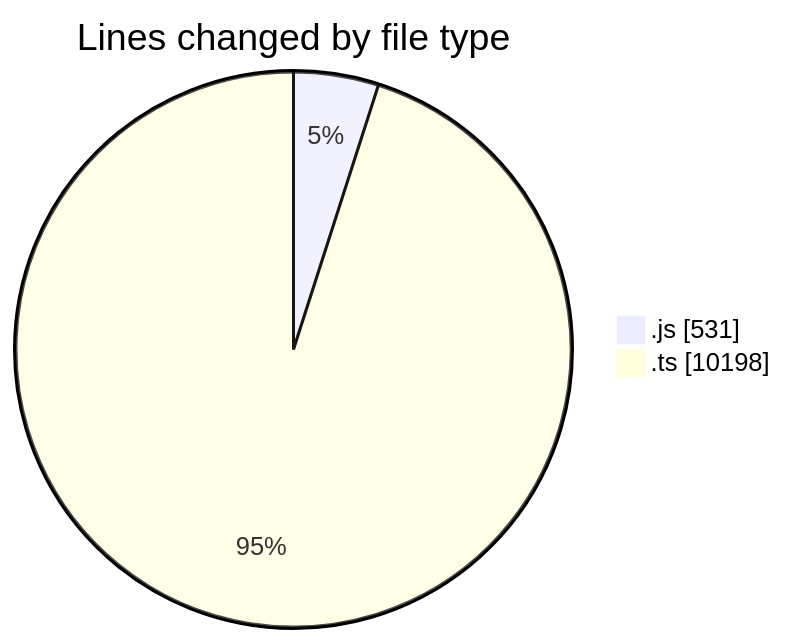
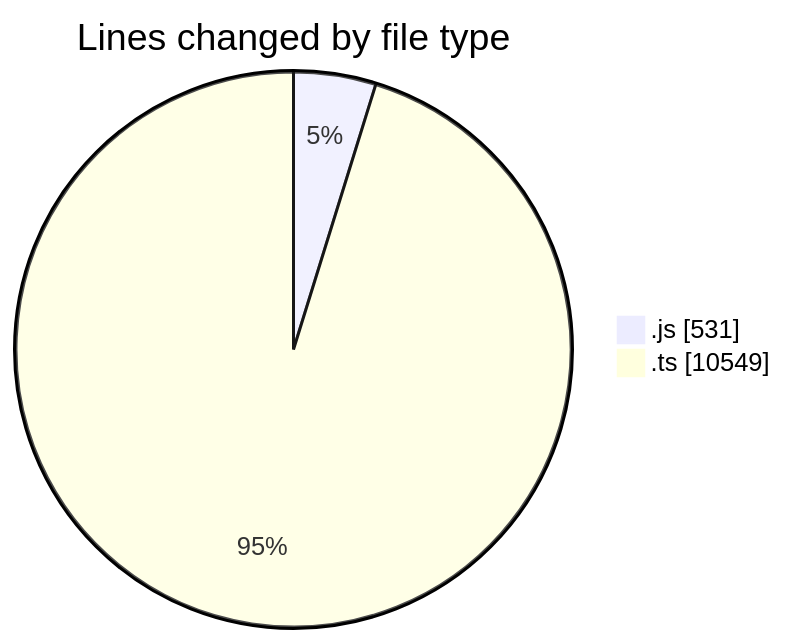
The first of 2 diagrams in 2025-05-29/cda/README.md (momahboobian/code-tracking), drawn with Mermaid before and after one commit. The commit also changed other lines of this file and 1 other file, not shown here.

````diff
--- a/2025-05-29/cda/README.md
+++ b/2025-05-29/cda/README.md
@@ -23,6 +23,6 @@
 ```mermaid
 pie showData
 title Lines changed by file type
 ".js" : 531
-".ts" : 10198
+".ts" : 10549
 ```
````
